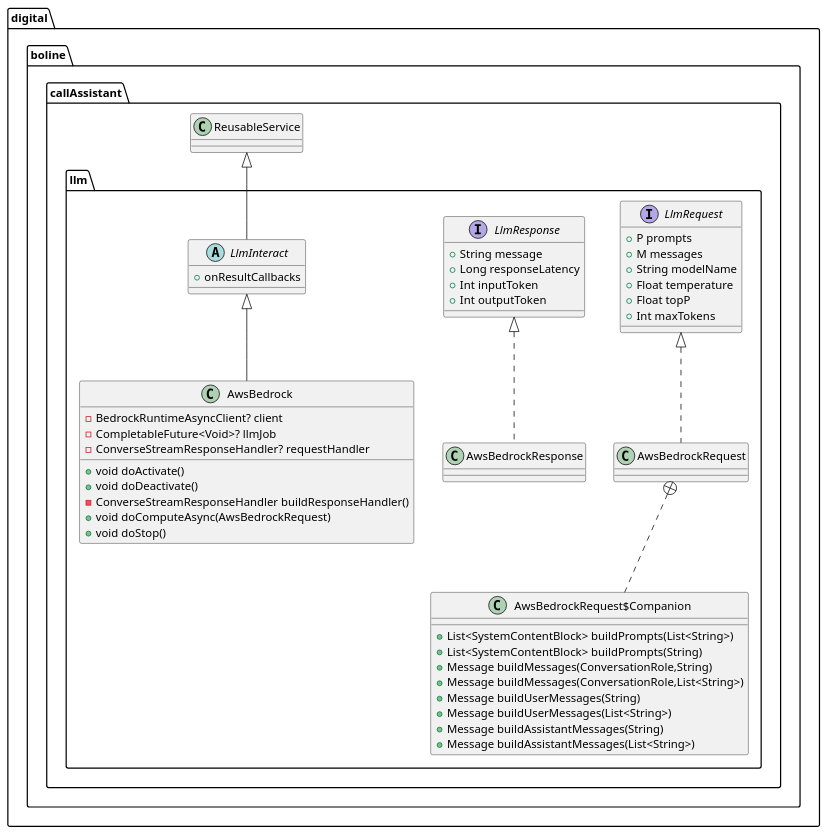
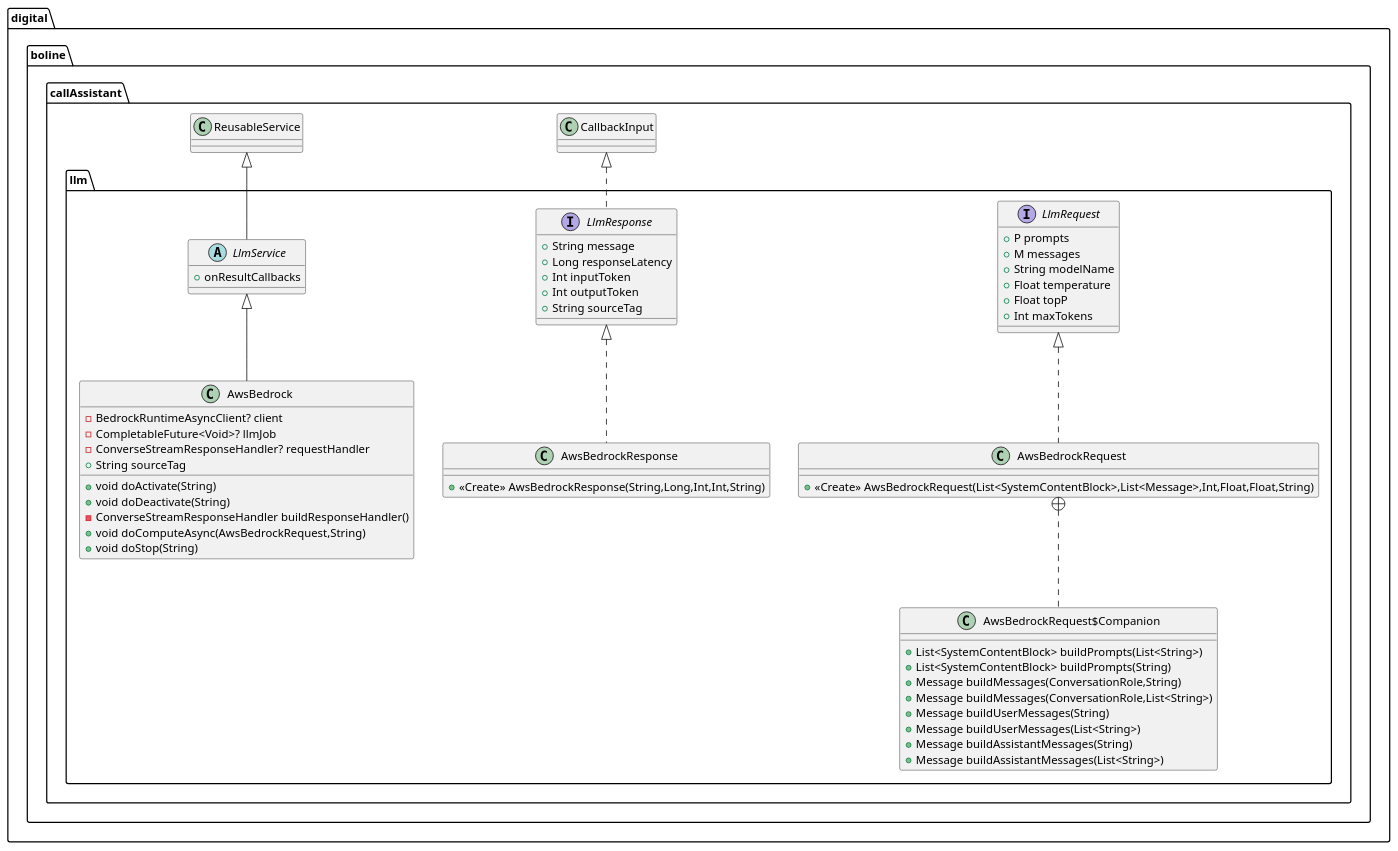
Before and after one commit to buoncubi/call_assistant: the diagram in doc/uml/llm.puml, drawn with PlantUML. The commit also changed 308 other files, not shown here.

Commit message:
Introducing LLM message interface and manager.

```diff
--- a/doc/uml/llm.puml
+++ b/doc/uml/llm.puml
@@ -1,56 +1,63 @@
 @startuml
 class digital.boline.callAssistant.llm.AwsBedrockRequest$Companion {
 + List<SystemContentBlock> buildPrompts(List<String>)
 + List<SystemContentBlock> buildPrompts(String)
 + Message buildMessages(ConversationRole,String)
 + Message buildMessages(ConversationRole,List<String>)
 + Message buildUserMessages(String)
 + Message buildUserMessages(List<String>)
 + Message buildAssistantMessages(String)
 + Message buildAssistantMessages(List<String>)
 }
 
 class digital.boline.callAssistant.llm.AwsBedrockRequest {
++ <<Create>> AwsBedrockRequest(List<SystemContentBlock>,List<Message>,Int,Float,Float,String)
 }
+
 class digital.boline.callAssistant.llm.AwsBedrockResponse {
++ <<Create>> AwsBedrockResponse(String,Long,Int,Int,String)
 }
+
 class digital.boline.callAssistant.llm.AwsBedrock {
 - BedrockRuntimeAsyncClient? client
 - CompletableFuture<Void>? llmJob
 - ConverseStreamResponseHandler? requestHandler
-+ void doActivate()
-+ void doDeactivate()
++ String sourceTag
++ void doActivate(String)
++ void doDeactivate(String)
 - ConverseStreamResponseHandler buildResponseHandler()
-+ void doComputeAsync(AwsBedrockRequest)
-+ void doStop()
++ void doComputeAsync(AwsBedrockRequest,String)
++ void doStop(String)
 }
 
 
 interface digital.boline.callAssistant.llm.LlmRequest {
 + P prompts
 + M messages
 + String modelName
 + Float temperature
 + Float topP
 + Int maxTokens
 }
 
 interface digital.boline.callAssistant.llm.LlmResponse {
 + String message
 + Long responseLatency
 + Int inputToken
 + Int outputToken
++ String sourceTag
 }
 
-abstract class digital.boline.callAssistant.llm.LlmInteract {
+abstract class digital.boline.callAssistant.llm.LlmService {
 +  onResultCallbacks
 }
 
 
 
 digital.boline.callAssistant.llm.AwsBedrockRequest +.. digital.boline.callAssistant.llm.AwsBedrockRequest$Companion
 digital.boline.callAssistant.llm.LlmRequest <|.. digital.boline.callAssistant.llm.AwsBedrockRequest
 digital.boline.callAssistant.llm.LlmResponse <|.. digital.boline.callAssistant.llm.AwsBedrockResponse
-digital.boline.callAssistant.llm.LlmInteract <|-- digital.boline.callAssistant.llm.AwsBedrock
-digital.boline.callAssistant.ReusableService <|-- digital.boline.callAssistant.llm.LlmInteract
+digital.boline.callAssistant.llm.LlmService <|-- digital.boline.callAssistant.llm.AwsBedrock
+digital.boline.callAssistant.CallbackInput <|.. digital.boline.callAssistant.llm.LlmResponse
+digital.boline.callAssistant.ReusableService <|-- digital.boline.callAssistant.llm.LlmService
 @enduml
```
